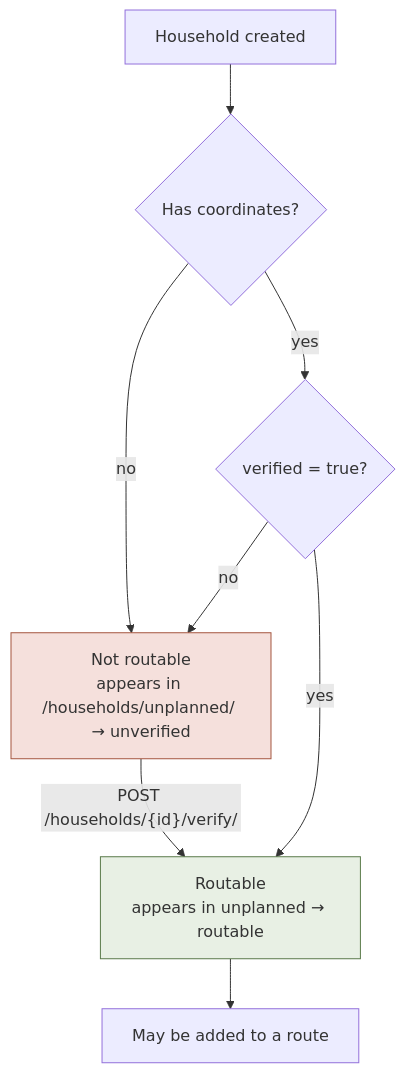
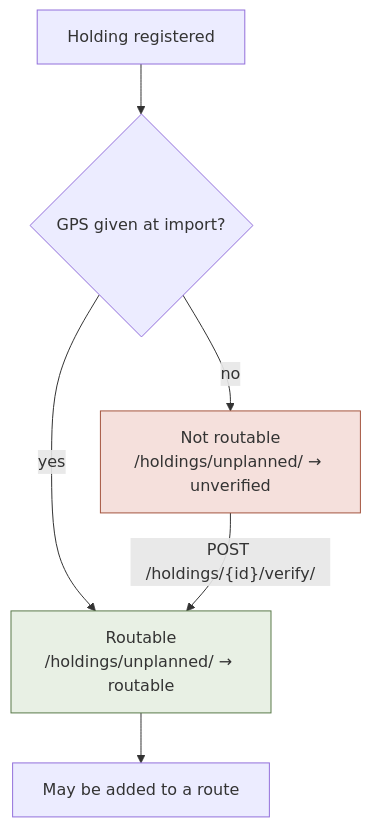
The sixth of 18 diagrams in docs/WORKFLOWS.md (DataMartBD/Solid-Waste-Management), drawn with Mermaid before and after one commit. The commit also changed other lines of this file and 189 other files, not shown here.

````diff
--- a/docs/WORKFLOWS.md
+++ b/docs/WORKFLOWS.md
@@ -146,13 +235,11 @@
 ```mermaid
 flowchart TB
-    A[Household created] --> B{Has coordinates?}
-    B -->|no| C[Not routable<br/>appears in /households/unplanned/ → unverified]
-    B -->|yes| D{verified = true?}
-    D -->|no| C
-    D -->|yes| E[Routable<br/>appears in unplanned → routable]
-    C -->|"POST /households/{id}/verify/"| E
+    A[Holding registered] --> B{GPS given at import?}
+    B -->|yes| E
+    B -->|no| C[Not routable<br/>/holdings/unplanned/ → unverified]
+    C -->|"POST /holdings/{id}/verify/"| E[Routable<br/>/holdings/unplanned/ → routable]
     E --> F[May be added to a route]
 
     style C fill:#f5e0dc,stroke:#a4553f
     style E fill:#e8f0e4,stroke:#5a7a4a
 ```
````
